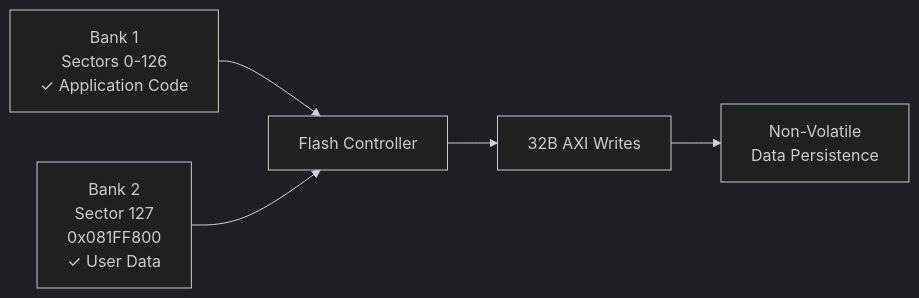
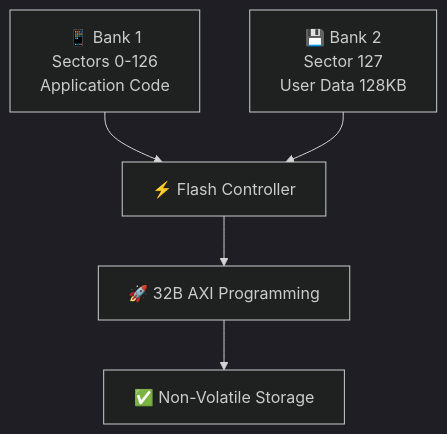
One commit to vaishnavgophane/STM32H7-Flash-Memory-Handling-Code-Data-Separation- changed the first of 2 diagrams in README.md. Above: the diagram before and after it, drawn with Mermaid (dark theme). The commit also changed other lines of this file, not shown here.

````diff
--- a/README.md
+++ b/README.md
@@ -19,8 +18,7 @@
 ```mermaid
-graph LR
-  A[Bank 1<br/>Sectors 0-126<br/>✓ Application Code] --> B[Flash Controller]
-  C[Bank 2<br/>Sector 127<br/>0x081FF800<br/>✓ User Data] --> B
-  B --> D[32B AXI Writes]
-  D --> E[Non-Volatile<br/>Data Persistence]
-
+graph TD
+    A[📱 Bank 1<br/>Sectors 0-126<br/>Application Code] --> B[⚡ Flash Controller]
+    C[💾 Bank 2<br/>Sector 127<br/>User Data 128KB] --> B
+    B --> D[🚀 32B AXI Programming]
+    D --> E[✅ Non-Volatile Storage]
 ```
````
